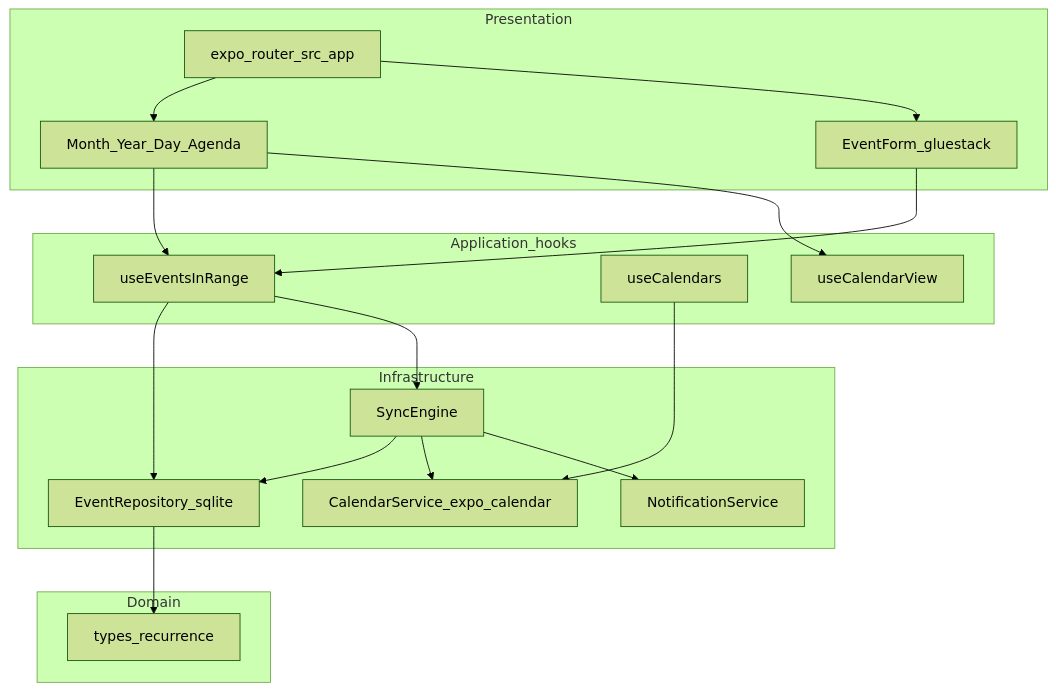
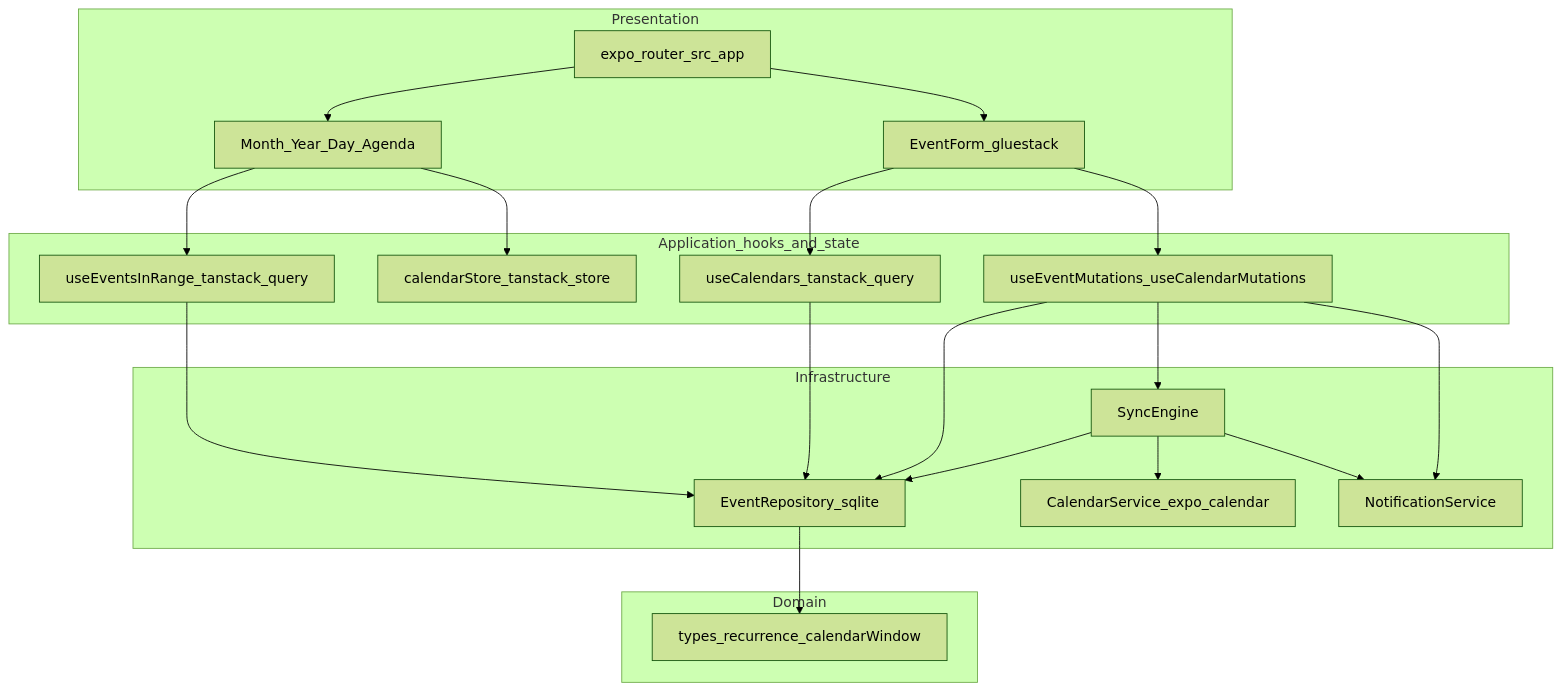
Before and after one commit to dimitrivalax/ok-calendar: the diagram in docs/ARCHITECTURE.md, drawn with Mermaid (forest theme). The commit also changed other lines of this file and 33 other files, not shown here.

Commit message:
refactor: integrate tanstack query and tanstack store for data fetching and state management

````diff
--- a/docs/ARCHITECTURE.md
+++ b/docs/ARCHITECTURE.md
@@ -7,34 +7,38 @@
 ```mermaid
 flowchart TB
   subgraph presentation [Presentation]
     Routes[expo_router_src_app]
     Views[Month_Year_Day_Agenda]
     Forms[EventForm_gluestack]
   end
-  subgraph application [Application_hooks]
-    useEvents[useEventsInRange]
-    useCals[useCalendars]
-    useView[useCalendarView]
+  subgraph application [Application_hooks_and_state]
+    Store[calendarStore_tanstack_store]
+    useEvents[useEventsInRange_tanstack_query]
+    useCals[useCalendars_tanstack_query]
+    useMuts[useEventMutations_useCalendarMutations]
   end
   subgraph domain [Domain]
-    Types[types_recurrence]
+    Types[types_recurrence_calendarWindow]
   end
   subgraph infra [Infrastructure]
     Repo[EventRepository_sqlite]
     CalDev[CalendarService_expo_calendar]
     Sync[SyncEngine]
     Notif[NotificationService]
   end
   Routes --> Views
   Routes --> Forms
   Views --> useEvents
-  Views --> useView
-  Forms --> useEvents
+  Views --> Store
+  Forms --> useCals
+  Forms --> useMuts
   useEvents --> Repo
-  useEvents --> Sync
-  useCals --> CalDev
+  useCals --> Repo
+  useMuts --> Repo
+  useMuts --> Sync
+  useMuts --> Notif
   Sync --> Repo
   Sync --> CalDev
   Sync --> Notif
   Repo --> Types
 ```
````
